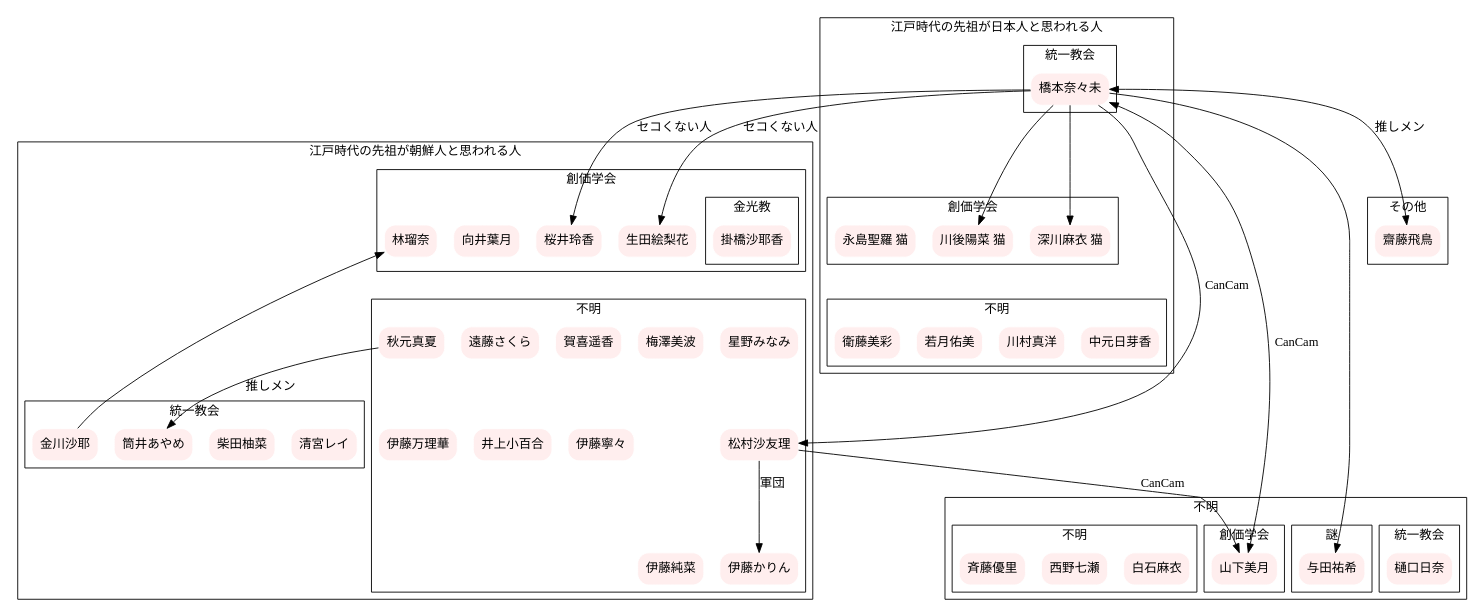
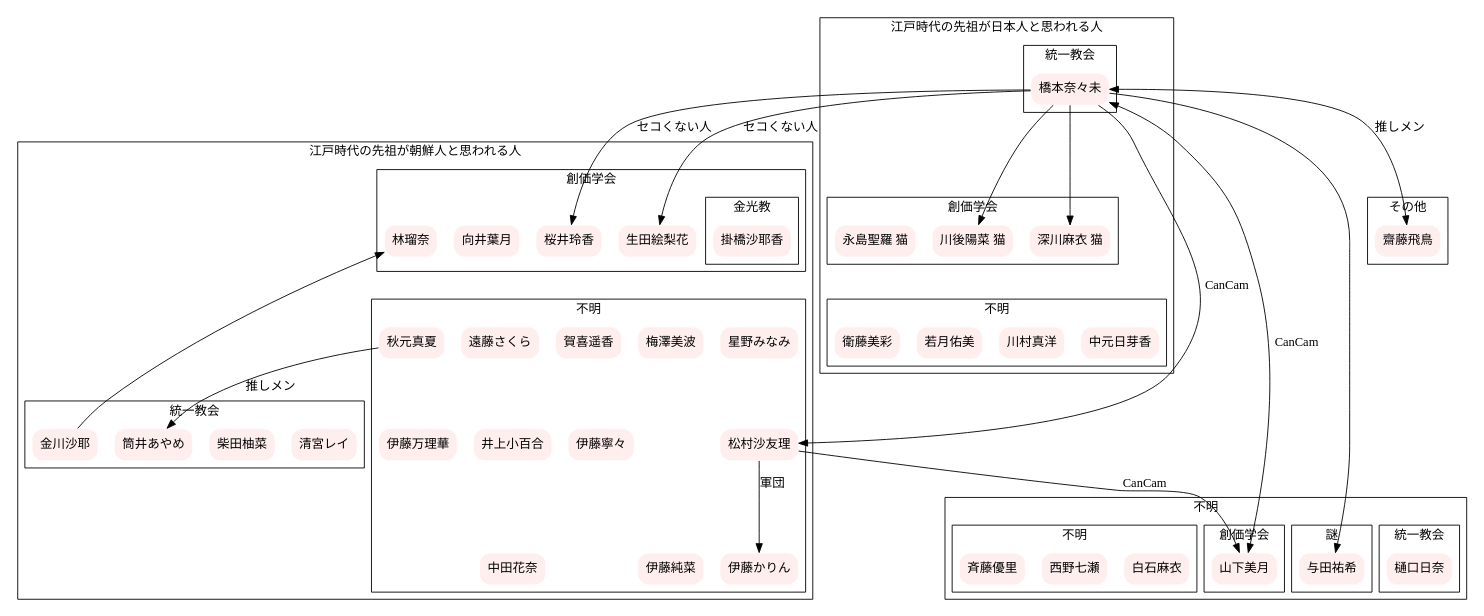
The diagram in memo/relation46.dot (TakayukiYano/TakayukiYano.github.io), drawn with Graphviz before and after one commit. The commit also changed 1 other file, not shown here.

```diff
--- a/memo/relation46.dot
+++ b/memo/relation46.dot
@@ -1,133 +1,135 @@
 digraph graph_name {
   graph [
     charset = "UTF-8";
   ];
 
   node[
     shape = box 
     style = "rounded,filled"
     color = "#FFFFFF",
     fillcolor = "#FFEEEE",
   ]mukai;  
 
   subgraph cluster_korea {
     label="江戸時代の先祖が朝鮮人と思われる人";
     fillcolor="#EEEEFF";
     subgraph cluster_ks {
       label="創価学会";
       reika[label="桜井玲香"]
       erika[label="生田絵梨花"]
       hayashi[label="林瑠奈"]
       mukai[label="向井葉月"];
       subgraph cluster_kk {
         label="金光教";
         kakehashi[label="掛橋沙耶香"]
       };
     };
 
   
     subgraph cluster_kc {
       label="統一教会";
       seimiya[label="清宮レイ"]
       yuna[label="柴田柚菜"]
       ayame[label="筒井あやめ"]
       kinkawa[label="金川沙耶"]
     };
 
     subgraph cluster_ku {
       label="不明";
       ringo[label="松村沙友理"]
       manatu[label="秋元真夏"]
       umemayo[label="梅澤美波"];
       haruchan[label="賀喜遥香"];
       sakura[label="遠藤さくら"]
       minami[label="星野みなみ"]
       sayu[label="井上小百合"]
       marika[label="伊藤万理華"]
       nene[label="伊藤寧々"]
       junna[label="伊藤純菜"]
       karin[label="伊藤かりん"]
+      kana[label="中田花奈"]
       minami->ringo[style=invis]
       ringo -> junna[style=invis]
       ringo -> karin[label="軍団"]
+      sayu->kana[style=invis]
     }
 
     hayashi -> kinkawa[dir=back]
 
     manatu -> ayame[label="推しメン"]
     manatu ->marika[style=invis]
     manatu ->sayu[style=invis]
     manatu -> nene[style=invis]
   }
 
   subgraph cluster_japan {
     label="江戸時代の先祖が日本人と思われる人";
     subgraph cluster_jc {
       label="統一教会";
       hashimoto[label="橋本奈々未"]
     }
 
     subgraph cluster_js {
       label = "創価学会";
       hinapyon[label="川後陽菜 猫"]
       fukagawa[label="深川麻衣 猫"]
       rarin[label="永島聖羅 猫"]
     }
 
     subgraph  cluster_ju {
       label="不明"
       himetan[label="中元日芽香"]
       rotty[label="川村真洋"]
       waka[label="若月佑美"]
       misa[label="衛藤美彩"]
     }
     rarin -> misa [style=invis]
   }
 
   subgraph cluster_unk {
     label="不明";
     subgraph cluster_uc {
       label="統一教会"
       chima[label="樋口日奈"]
     }
     subgraph cluster_us {
       label="創価学会"
       miduki[label="山下美月"];
     }
 
     subgraph cluster_uu {
       label="謎"
       yoda[label="与田祐希"]
     }
 
     subgraph cluster_uuu {
       label="不明"
       maiyan[label="白石麻衣"]
       nanase[label="西野七瀬"]
       yuuri[label="斉藤優里"]
     }
   }
 
   subgraph cluster_special {
     label="その他"
     asunyan[label="齋藤飛鳥"]
   }
 
   mukai->hashimoto[style=invis]
   hashimoto->kakehashi[style=invis]
   mukai -> himetan[style=invis]
   hashimoto -> himetan[style=invis]
   kakehashi -> sakura[style=invis]
   sakura -> hinapyon[style=invis]
   hashimoto -> miduki[dir=both, label="CanCam"]
   hashimoto -> asunyan[dir=both,label="推しメン"]
   hashimoto -> fukagawa
   hashimoto -> hinapyon
   hashimoto -> yoda
   hashimoto -> reika[label="セコくない人"]
   hashimoto -> erika[label="セコくない人"]
   hashimoto -> ringo[label="CanCam"]
   ringo -> miduki[label="CanCam"]
 
   hinapyon -> miduki[style=invis]
 }
```
